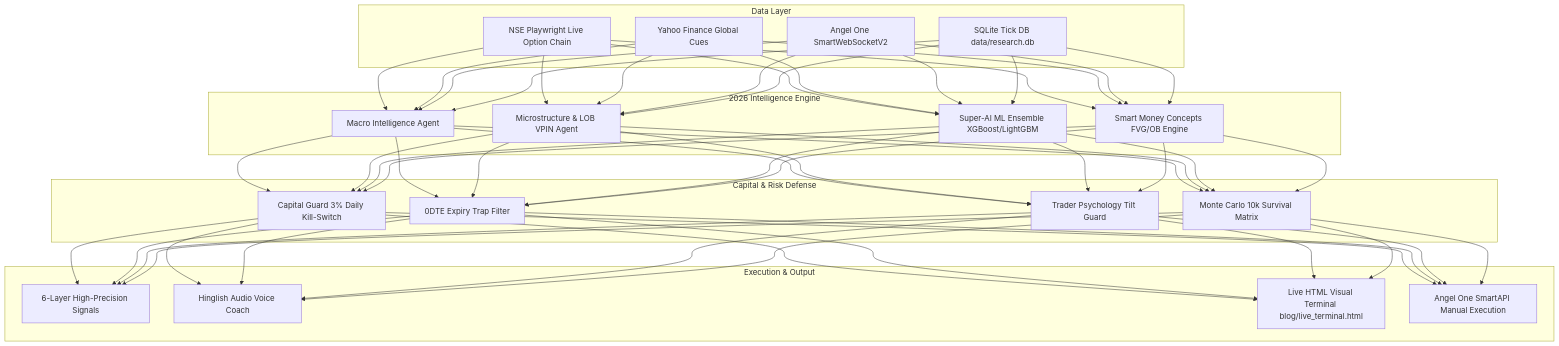
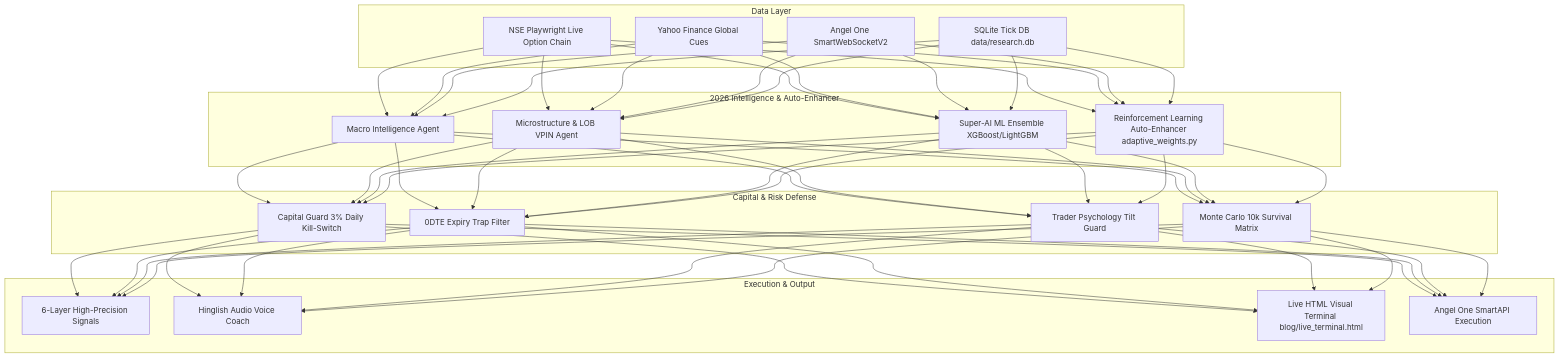
The diagram in README.md (mohit11kmr/nifty-research), drawn with Mermaid before and after one commit. The commit also changed other lines of this file and 1 other file, not shown here.

Commit message:
Update run_all.py and README.md with Auto-Enhancer RL engine integration

````diff
--- a/README.md
+++ b/README.md
@@ -26,34 +27,34 @@
 ```mermaid
 flowchart TD
     subgraph Data Layer
         A1[NSE Playwright Live Option Chain]
         A2[Yahoo Finance Global Cues]
         A3[Angel One SmartWebSocketV2]
         A4[SQLite Tick DB data/research.db]
     end
 
-    subgraph 2026 Intelligence Engine
+    subgraph 2026 Intelligence & Auto-Enhancer
         B1[Macro Intelligence Agent]
         B2[Microstructure & LOB VPIN Agent]
         B3[Super-AI ML Ensemble XGBoost/LightGBM]
-        B4[Smart Money Concepts FVG/OB Engine]
+        B4[Reinforcement Learning Auto-Enhancer adaptive_weights.py]
     end
 
     subgraph Capital & Risk Defense
         C1[Capital Guard 3% Daily Kill-Switch]
         C2[0DTE Expiry Trap Filter]
         C3[Trader Psychology Tilt Guard]
         C4[Monte Carlo 10k Survival Matrix]
     end
 
     subgraph Execution & Output
         D1[6-Layer High-Precision Signals]
         D2[Hinglish Audio Voice Coach]
         D3[Live HTML Visual Terminal blog/live_terminal.html]
-        D4[Angel One SmartAPI Manual Execution]
+        D4[Angel One SmartAPI Execution]
     end
 
     A1 & A2 & A3 & A4 --> B1 & B2 & B3 & B4
     B1 & B2 & B3 & B4 --> C1 & C2 & C3 & C4
     C1 & C2 & C3 & C4 --> D1 & D2 & D3 & D4
 ```
````
